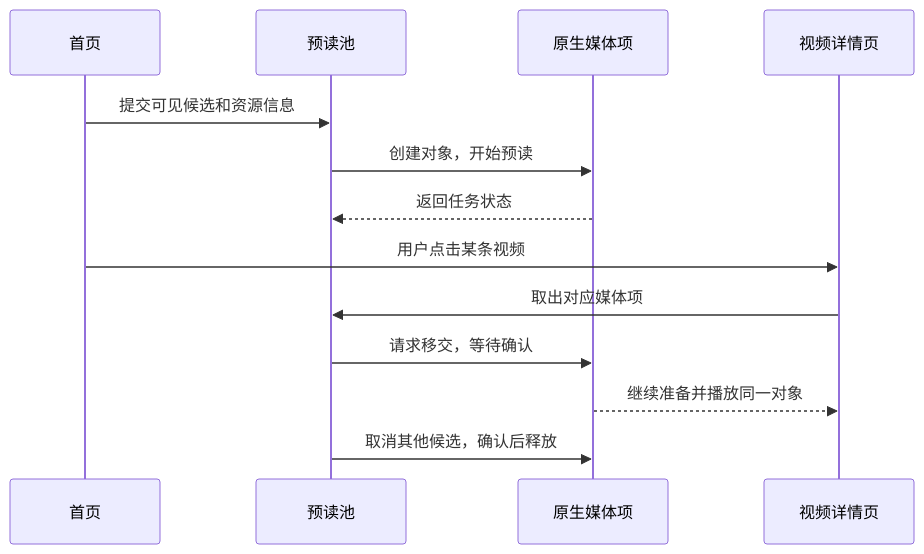
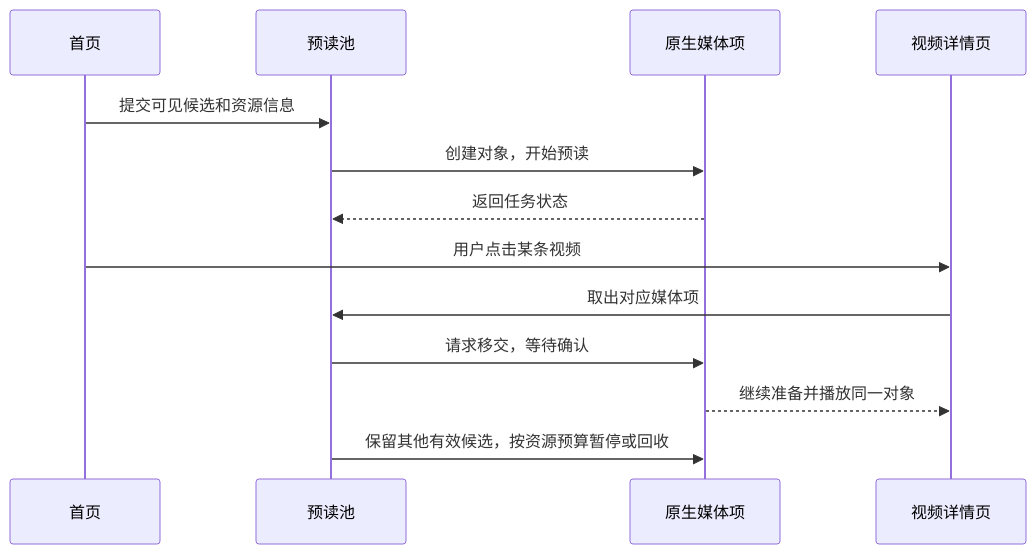
The diagram in docs/video-startup-optimization.md (windddkz/PiliPlus), drawn with Mermaid before and after one commit. The commit also changed other lines of this file and 3 other files, not shown here.

````diff
--- a/docs/video-startup-optimization.md
+++ b/docs/video-startup-optimization.md
@@ -13,15 +13,15 @@
 ```mermaid
 sequenceDiagram
   participant H as 首页
   participant P as 预读池
   participant N as 原生媒体项
   participant D as 视频详情页
   H->>P: 提交可见候选和资源信息
   P->>N: 创建对象，开始预读
   N-->>P: 返回任务状态
   H->>D: 用户点击某条视频
   D->>P: 取出对应媒体项
   P->>N: 请求移交，等待确认
   N-->>D: 继续准备并播放同一对象
-  P->>N: 取消其他候选，确认后释放
+  P->>N: 保留其他有效候选，按资源预算暂停或回收
 ```
````
